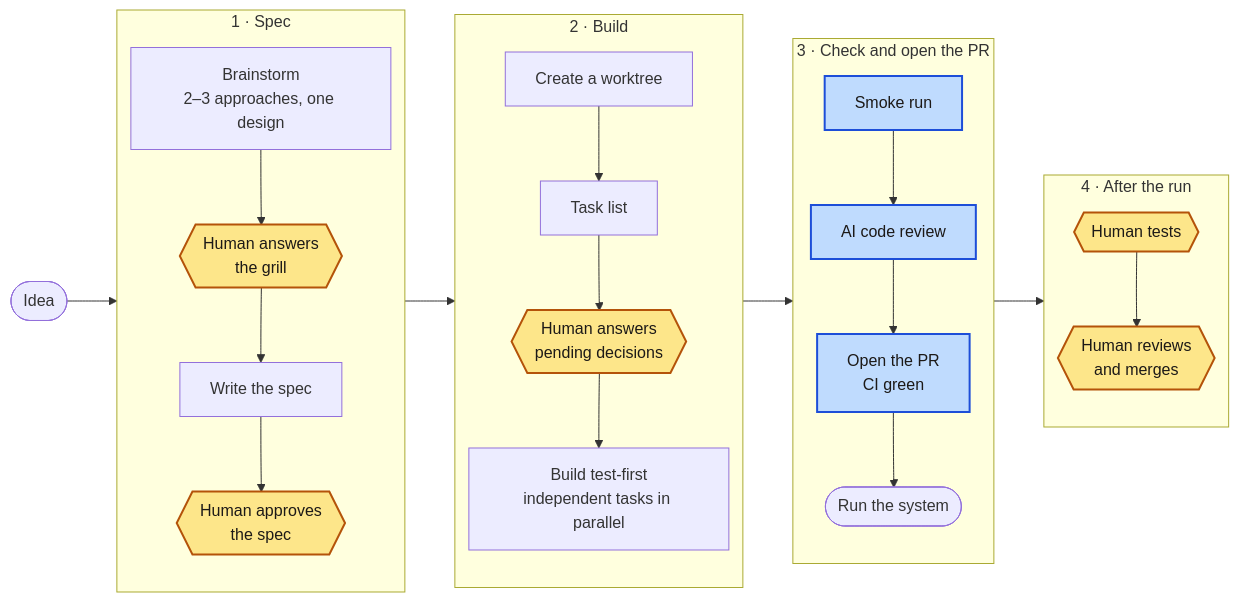
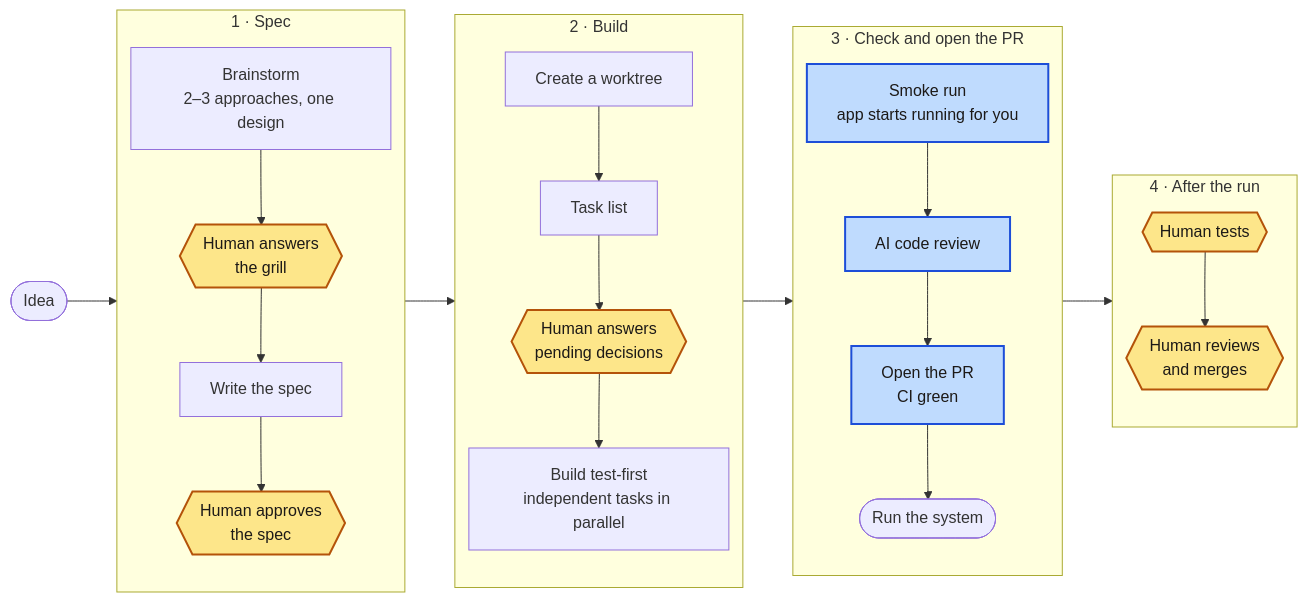
Before and after one commit to alymo8/claude-kit: the diagram in docs/ship-fast.md, drawn with Mermaid. The commit also changed 7 other files, not shown here.

First line of the commit message:
`/ship-fast`: the app runs for the user from the smoke run (#34)

````diff
--- a/docs/ship-fast.md
+++ b/docs/ship-fast.md
@@ -7,44 +7,44 @@
 ```mermaid
 %%{init: {"flowchart": {"nodeSpacing": 8}}}%%
 flowchart LR
   classDef you fill:#fde68a,stroke:#b45309,stroke-width:2px,color:#1c1917
   classDef gate fill:#bfdbfe,stroke:#1d4ed8,stroke-width:2px,color:#1c1917
 
   idea([Idea])
 
   subgraph specp["1 · Spec"]
     direction TB
     design["Brainstorm<br/>2–3 approaches, one design"]
     grill{{"Human answers<br/>the grill"}}:::you
     write["Write the spec"]
     sok{{"Human approves<br/>the spec"}}:::you
     design --> grill --> write --> sok
   end
 
   subgraph build["2 · Build"]
     direction TB
     wt["Create a worktree"]
     tasks["Task list"]
     dec{{"Human answers<br/>pending decisions"}}:::you
     impl["Build test-first<br/>independent tasks in parallel"]
     wt --> tasks --> dec --> impl
   end
 
   subgraph check["3 · Check and open the PR"]
     direction TB
-    smoke["Smoke run"]:::gate
+    smoke["Smoke run<br/>app starts running for you"]:::gate
     rev["AI code review"]:::gate
     pr["Open the PR<br/>CI green"]:::gate
     run(["Run the system"])
     smoke --> rev --> pr --> run
   end
 
   subgraph after["4 · After the run"]
     direction TB
     test{{"Human tests"}}:::you
     merge{{"Human reviews<br/>and merges"}}:::you
     test --> merge
   end
 
   idea --> specp --> build --> check --> after
 ```
````
